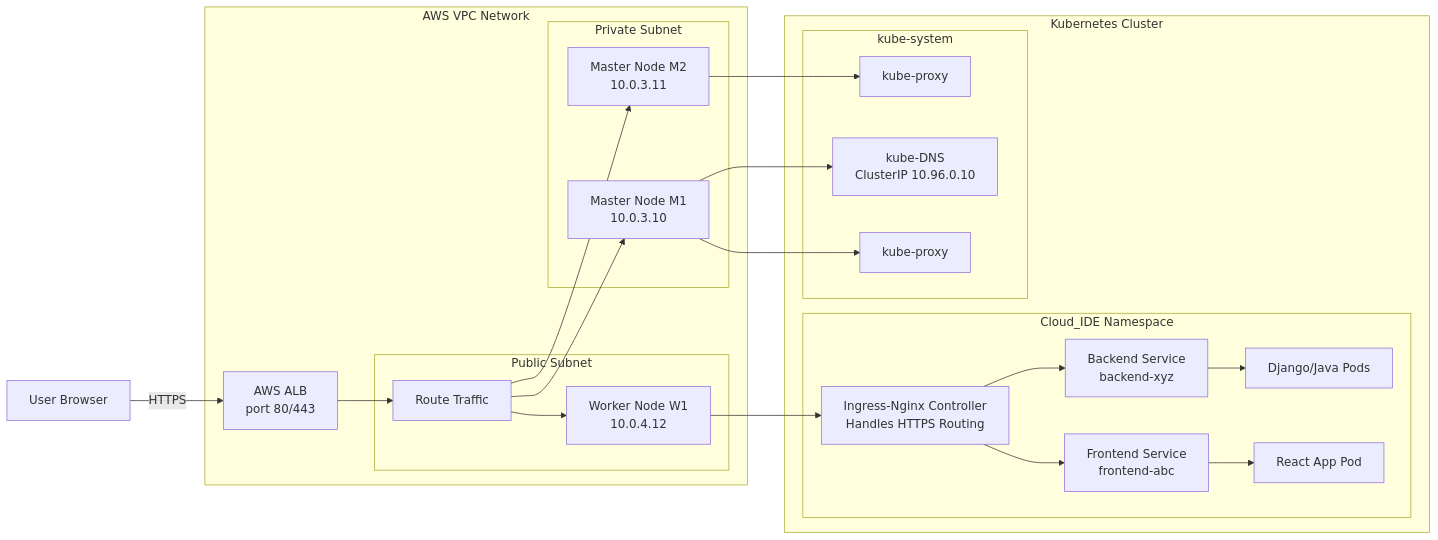
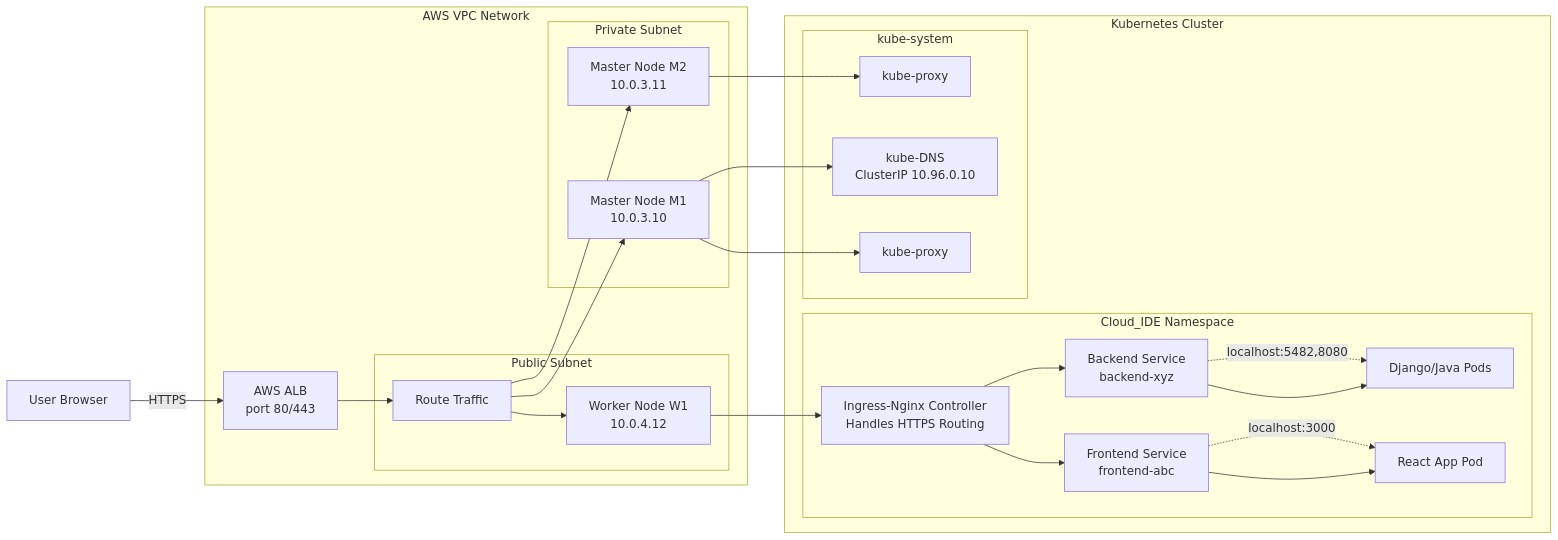
One commit to kunalpro379/Scalable_Cloud_IDE changed the diagram in README.md. Above: the diagram before and after it, drawn with Mermaid.

````diff
--- a/README.md
+++ b/README.md
@@ -5,40 +5,46 @@
 ```mermaid
 
 graph LR
     %% ========== Entry ========== 
     A[User Browser] -->|HTTPS| B[AWS ALB<br/>port 80/443]
     
     %% ========== AWS VPC ========== 
     subgraph VPC["AWS VPC Network"]
         B --> C[Route Traffic]
         
         subgraph PublicSubnet["Public Subnet"]
             C --> WN1[Worker Node W1<br/>10.0.4.12]
         end
         
         subgraph PrivateSubnet["Private Subnet"]
             C --> MN1[Master Node M1<br/>10.0.3.10]
             C --> MN2[Master Node M2<br/>10.0.3.11]
         end
     end
     
     %% ========== Kubernetes Cluster ========== 
     subgraph Kubernetes["Kubernetes Cluster"]
         WN1 --> IN[Ingress-Nginx Controller<br/>Handles HTTPS Routing]
         
         subgraph CloudIDE["Cloud_IDE Namespace"]
             IN --> S1[Frontend Service<br/>frontend-abc]
             IN --> S2[Backend Service<br/>backend-xyz]
             S1 --> P1[React App Pod]
             S2 --> P2[Django/Java Pods]
         end
         
         %% Kube System
         subgraph KubeSystem["kube-system"]
             MN1 --> KP1[kube-proxy]
             MN2 --> KP2[kube-proxy]
             MN1 --> DNS[kube-DNS<br/>ClusterIP 10.96.0.10]
         end
     end
 
+
+    
+    %% ========== Localhost Ports ========== 
+    S1 -.->|localhost:3000| P1
+    S2 -.->|localhost:5482,8080| P2
+
 ```
````
